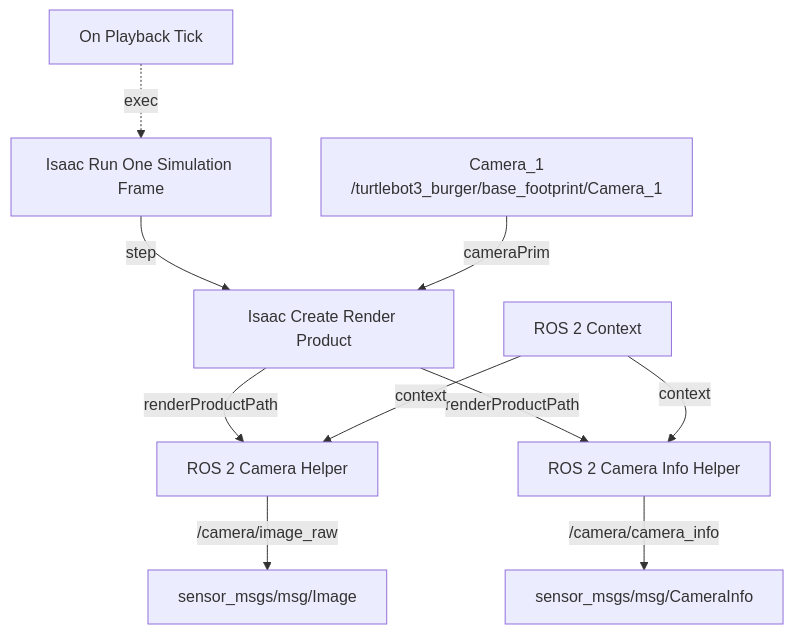
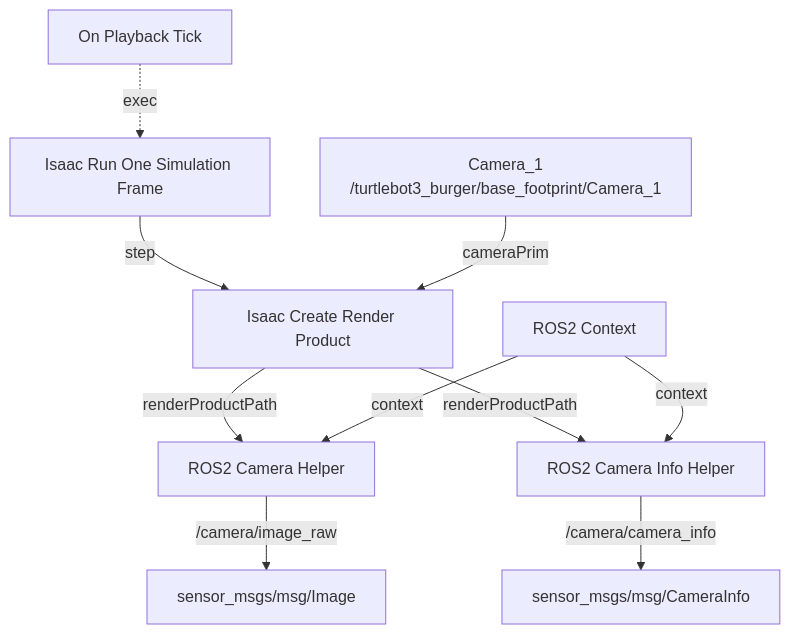
Before and after one commit to Tatwik19/Tatwik19.github.io: the tenth of 14 diagrams in _teaching/Robotics-Systems-I/labs/lab-03-isaac-sim/index.md, drawn with Mermaid. The commit also changed other lines of this file, not shown here.

````diff
--- a/_teaching/Robotics-Systems-I/labs/lab-03-isaac-sim/index.md
+++ b/_teaching/Robotics-Systems-I/labs/lab-03-isaac-sim/index.md
@@ -2131,15 +2154,15 @@
 ```mermaid
 flowchart TD
     Tick["On Playback Tick"] -.->|"exec"| Run["Isaac Run One Simulation Frame"]
     Run -->|"step"| Product["Isaac Create Render Product"]
     Camera["Camera_1<br/>/turtlebot3_burger/base_footprint/Camera_1"] -->|"cameraPrim"| Product
 
-    Product -->|"renderProductPath"| RGB["ROS 2 Camera Helper"]
-    Product -->|"renderProductPath"| Info["ROS 2 Camera Info Helper"]
+    Product -->|"renderProductPath"| RGB["ROS2 Camera Helper"]
+    Product -->|"renderProductPath"| Info["ROS2 Camera Info Helper"]
 
-    Context["ROS 2 Context"] -->|"context"| RGB
+    Context["ROS2 Context"] -->|"context"| RGB
     Context -->|"context"| Info
 
     RGB -->|"/camera/image_raw"| Image["sensor_msgs/msg/Image"]
     Info -->|"/camera/camera_info"| CameraInfo["sensor_msgs/msg/CameraInfo"]
 ```
````
